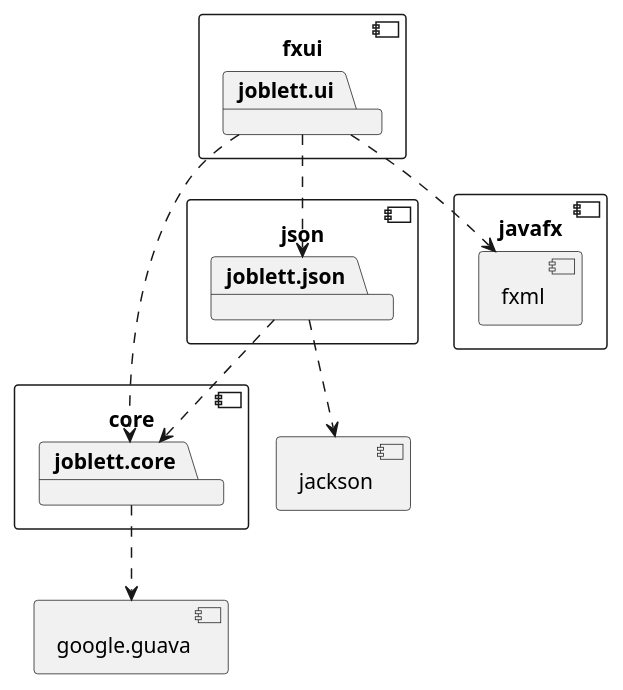
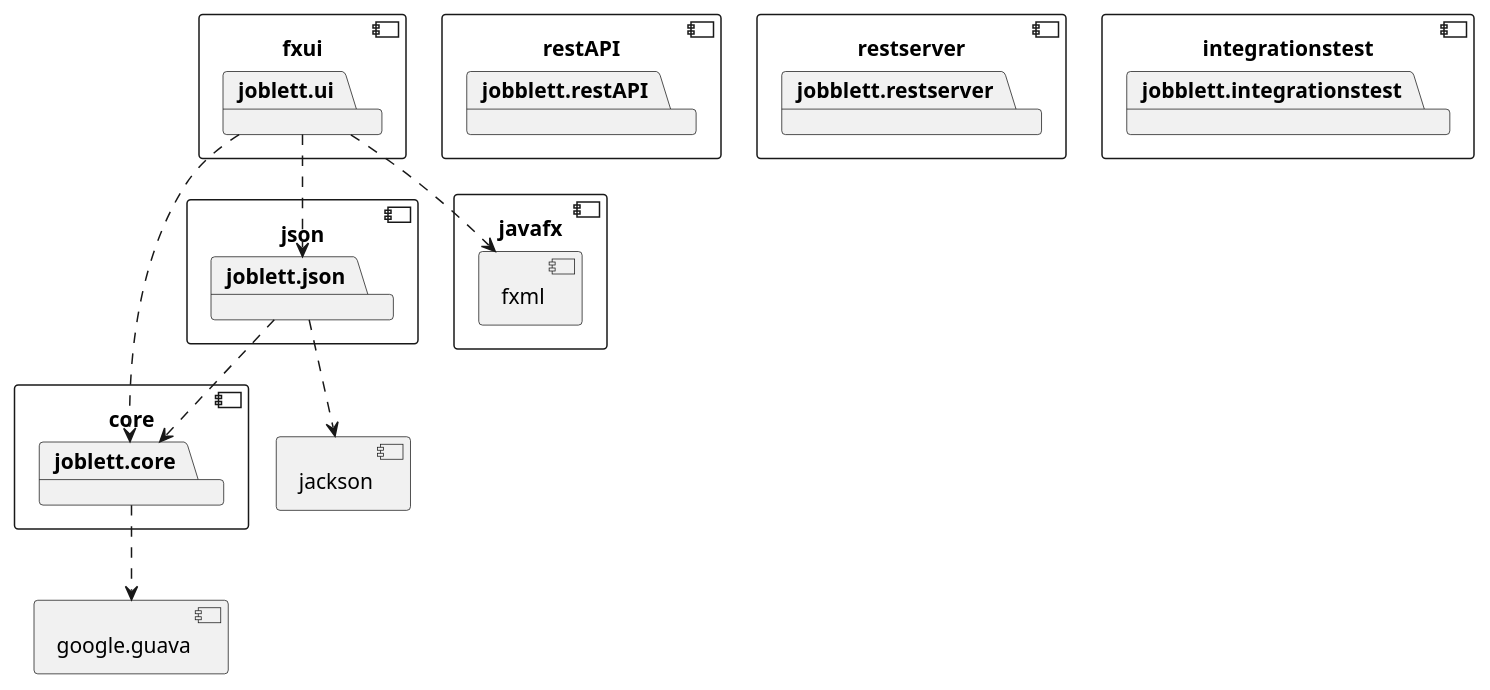
Before and after one commit to njal3001/JobbLett: the diagram in jobblett/architecture.puml, drawn with PlantUML. The commit also changed 1 other file, not shown here.

```diff
--- a/jobblett/architecture.puml
+++ b/jobblett/architecture.puml
@@ -1,33 +1,48 @@
 @startuml
 
 component core{
 package joblett.core
 }
 
 component fxui{
 package joblett.ui
 }
 
 component json{
 package joblett.json
 }
 
 component google.guava{
 }
 
 component javafx{
 	component fxml{
 	}
 }
 component jackson{
 }
 
+component restAPI{
+package jobblett.restAPI
+}
+
+component restserver{
+package jobblett.restserver
+}
+
+
+component integrationstest{
+package jobblett.integrationstest
+}
+
+
 joblett.ui ..>fxml
 joblett.core ..> google.guava
 joblett.ui ..> joblett.core
 joblett.json ..> jackson
 joblett.ui ..> joblett.json
 joblett.json ..> joblett.core
 
 
+
 @enduml
```
